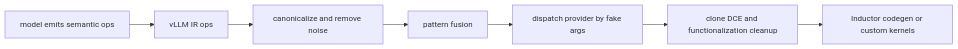
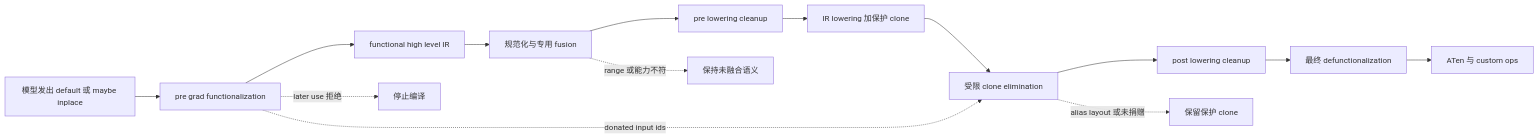
Before and after one commit to suhaibo666/llm-knowledge: the diagram in wiki/02_engineering/03_infer_frameworks/vllm/25_vllm_ir_and_fusion_passes_analysis.md, drawn with Mermaid. The commit also changed other lines of this file, not shown here.

Commit message:
docs(vllm): rebuild ir and fusion pass analysis

````diff
--- a/wiki/02_engineering/03_infer_frameworks/vllm/25_vllm_ir_and_fusion_passes_analysis.md
+++ b/wiki/02_engineering/03_infer_frameworks/vllm/25_vllm_ir_and_fusion_passes_analysis.md
@@ -23,9 +78,17 @@
 ```mermaid
 flowchart LR
-  Model["model emits semantic ops"] --> IR["vLLM IR ops"]
-  IR --> Canon["canonicalize and remove noise"]
-  Canon --> Fuse["pattern fusion"]
-  Fuse --> Lower["dispatch provider by fake args"]
-  Lower --> Clean["clone DCE and functionalization cleanup"]
-  Clean --> Codegen["Inductor codegen or custom kernels"]
+  Model["模型发出 default 或 maybe inplace"] --> Pre["pre grad functionalization"]
+  Pre --> Func["functional high level IR"]
+  Func --> Canon["规范化与专用 fusion"]
+  Canon --> CleanA["pre lowering cleanup"]
+  CleanA --> Lower["IR lowering 加保护 clone"]
+  Lower --> Clone["受限 clone elimination"]
+  Clone --> CleanB["post lowering cleanup"]
+  CleanB --> Fix["最终 defunctionalization"]
+  Fix --> Out["ATen 与 custom ops"]
+
+  Pre -.->|donated input ids| Clone
+  Pre -.->|later use 拒绝| RejectA["停止编译"]
+  Canon -.->|range 或能力不符| Skip["保持未融合语义"]
+  Clone -.->|alias layout 或未捐赠| Keep["保留保护 clone"]
 ```
````
